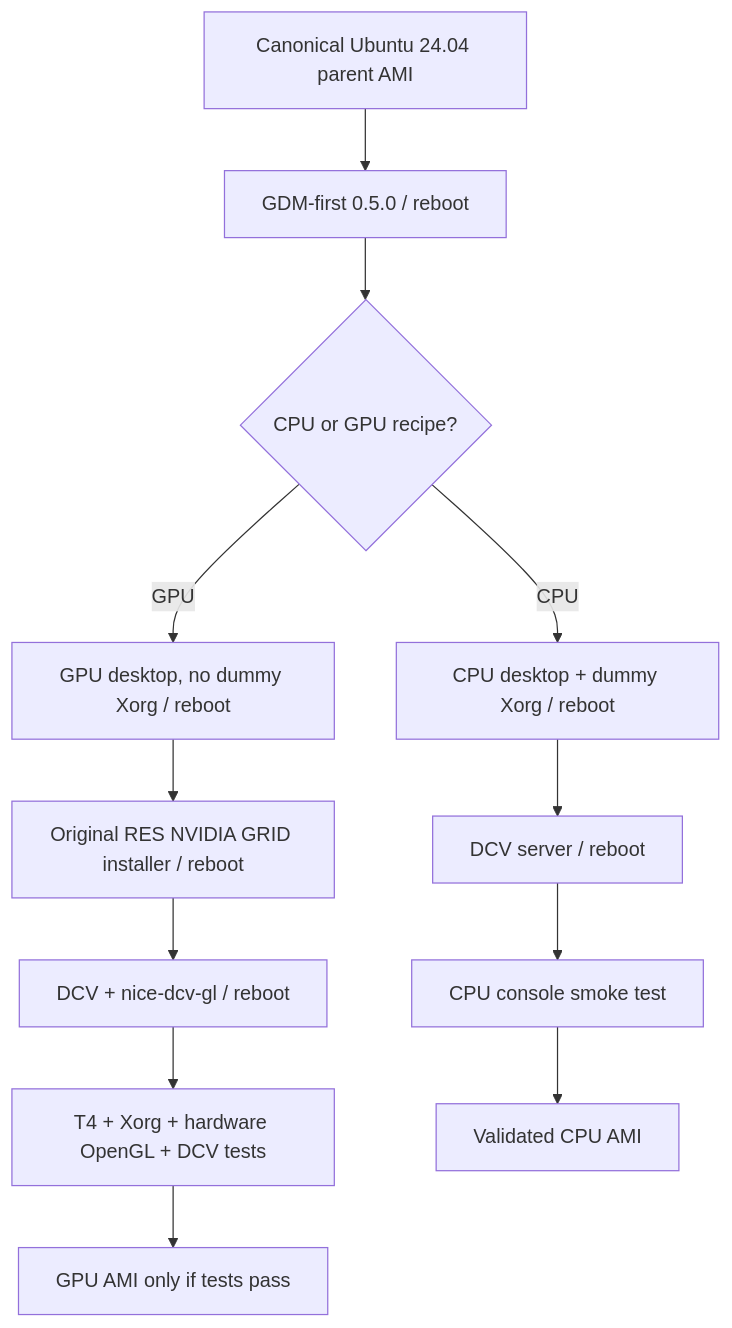
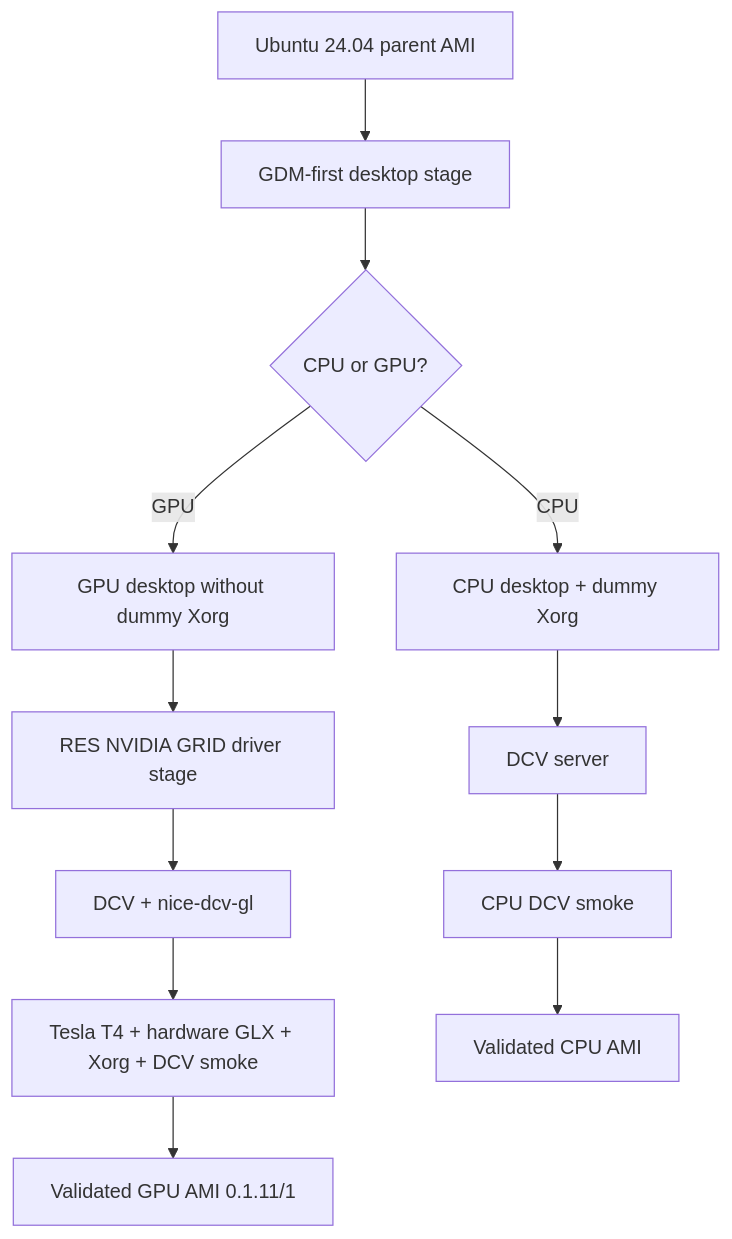
One commit to vision-kwest/studio-workstation changed the diagram in docs/gpu-image-builder-visual.md. Above: the diagram before and after it, drawn with Mermaid. The commit also changed other lines of this file and 37 other files, not shown here.

````diff
--- a/docs/gpu-image-builder-visual.md
+++ b/docs/gpu-image-builder-visual.md
@@ -5,14 +5,14 @@
 ```mermaid
 flowchart TD
-  Parent["Canonical Ubuntu 24.04 parent AMI"] --> GDM["GDM-first 0.5.0 / reboot"]
-  GDM --> Desktop{"CPU or GPU recipe?"}
-  Desktop -->|CPU| CPUD["CPU desktop + dummy Xorg / reboot"]
-  Desktop -->|GPU| GPUD["GPU desktop, no dummy Xorg / reboot"]
-  GPUD --> NVIDIA["Original RES NVIDIA GRID installer / reboot"]
-  CPUD --> CPUDCV["DCV server / reboot"]
-  NVIDIA --> GPUDCV["DCV + nice-dcv-gl / reboot"]
-  CPUDCV --> CPUTEST["CPU console smoke test"]
-  GPUDCV --> GPUTEST["T4 + Xorg + hardware OpenGL + DCV tests"]
+  Parent["Ubuntu 24.04 parent AMI"] --> GDM["GDM-first desktop stage"]
+  GDM --> Choice{"CPU or GPU?"}
+  Choice -->|CPU| CPUD["CPU desktop + dummy Xorg"]
+  Choice -->|GPU| GPUD["GPU desktop without dummy Xorg"]
+  CPUD --> CPUDCV["DCV server"]
+  GPUD --> NVIDIA["RES NVIDIA GRID driver stage"]
+  NVIDIA --> GPUDCV["DCV + nice-dcv-gl"]
+  CPUDCV --> CPUTEST["CPU DCV smoke"]
+  GPUDCV --> GPUTEST["Tesla T4 + hardware GLX + Xorg + DCV smoke"]
   CPUTEST --> CPUAMI["Validated CPU AMI"]
-  GPUTEST --> GPUAMI["GPU AMI only if tests pass"]
+  GPUTEST --> GPUAMI["Validated GPU AMI 0.1.11/1"]
 ```
````
